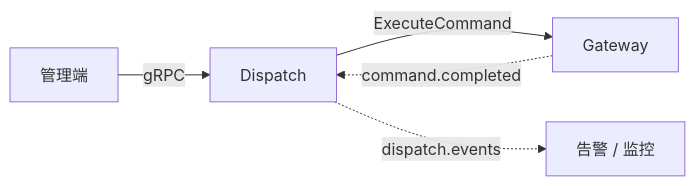
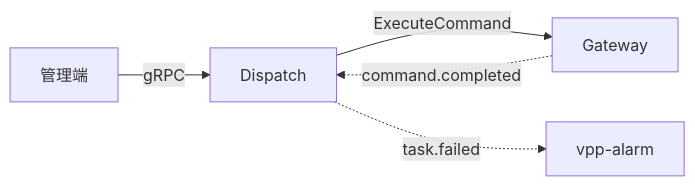
Before and after one commit to mushroomyuan/vpp-backend: the second of 2 diagrams in internal/dispatch/OVERVIEW.md, drawn with Mermaid. The commit also changed other lines of this file and 95 other files, not shown here.

First line of the commit message:
feat(alarm): add vpp-alarm for task.failed and SOE ingest

````diff
--- a/internal/dispatch/OVERVIEW.md
+++ b/internal/dispatch/OVERVIEW.md
@@ -109,7 +109,7 @@
 ```mermaid
 flowchart LR
     Admin[管理端] -->|gRPC| Dis[Dispatch]
     Dis -->|ExecuteCommand| GW[Gateway]
     GW -.->|command.completed| Dis
-    Dis -.->|dispatch.events| Obs[告警 / 监控]
+    Dis -.->|task.failed| Alarm[vpp-alarm]
 ```
````
